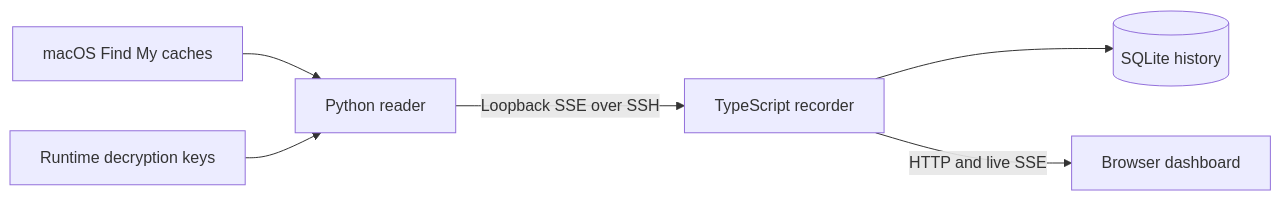
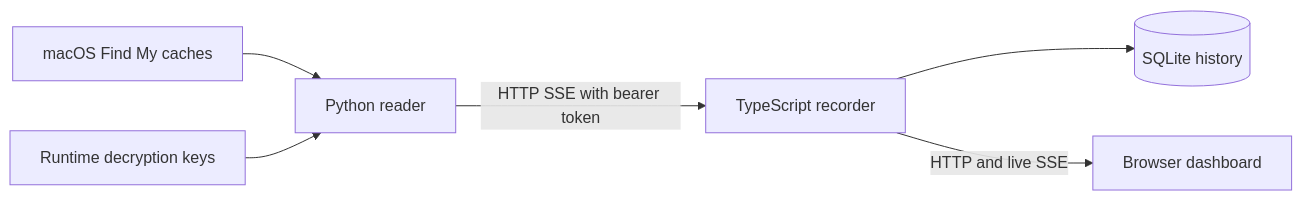
One commit to gaoyifan/findmy-history changed the diagram in README.md. Above: the diagram before and after it, drawn with Mermaid. The commit also changed other lines of this file and 4 other files, not shown here.

Commit message:
feat(source): authenticate direct HTTP streams with bearer tokens

````diff
--- a/README.md
+++ b/README.md
@@ -9,8 +9,8 @@
 ```mermaid
 flowchart LR
   A[macOS Find My caches] --> B[Python reader]
   K[Runtime decryption keys] --> B
-  B -->|Loopback SSE over SSH| C[TypeScript recorder]
+  B -->|HTTP SSE with bearer token| C[TypeScript recorder]
   C --> D[(SQLite history)]
   C -->|HTTP and live SSE| E[Browser dashboard]
 ```
````
